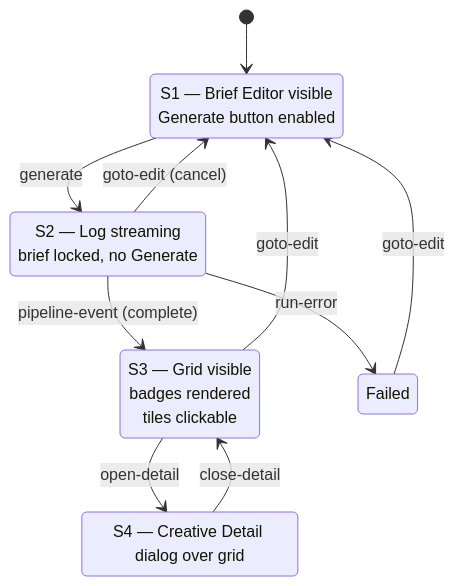
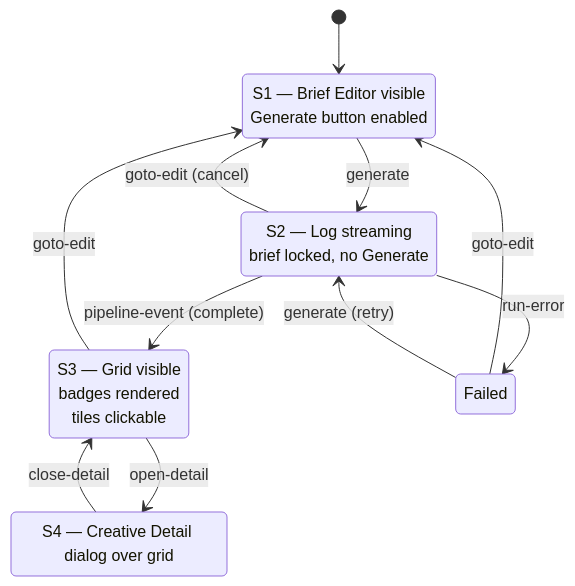
The sixth of 6 diagrams in docs/flow-diagrams.md (arndvs/cast), drawn with Mermaid before and after one commit. The commit also changed other lines of this file and 3 other files, not shown here.

````diff
--- a/docs/flow-diagrams.md
+++ b/docs/flow-diagrams.md
@@ -736,16 +737,17 @@
 ```mermaid
 stateDiagram-v2
     [*] --> Editing
     Editing: S1 — Brief Editor visible<br/>Generate button enabled
     Editing --> Running: generate
     Running: S2 — Log streaming<br/>brief locked, no Generate
     Running --> Complete: pipeline-event (complete)
     Running --> Failed: run-error
     Running --> Editing: goto-edit (cancel)
     Failed --> Editing: goto-edit
+    Failed --> Running: generate (retry)
     Complete: S3 — Grid visible<br/>badges rendered<br/>tiles clickable
     Complete --> DetailOpen: open-detail
     DetailOpen: S4 — Creative Detail dialog over grid
     DetailOpen --> Complete: close-detail
     Complete --> Editing: goto-edit
 ```
````
